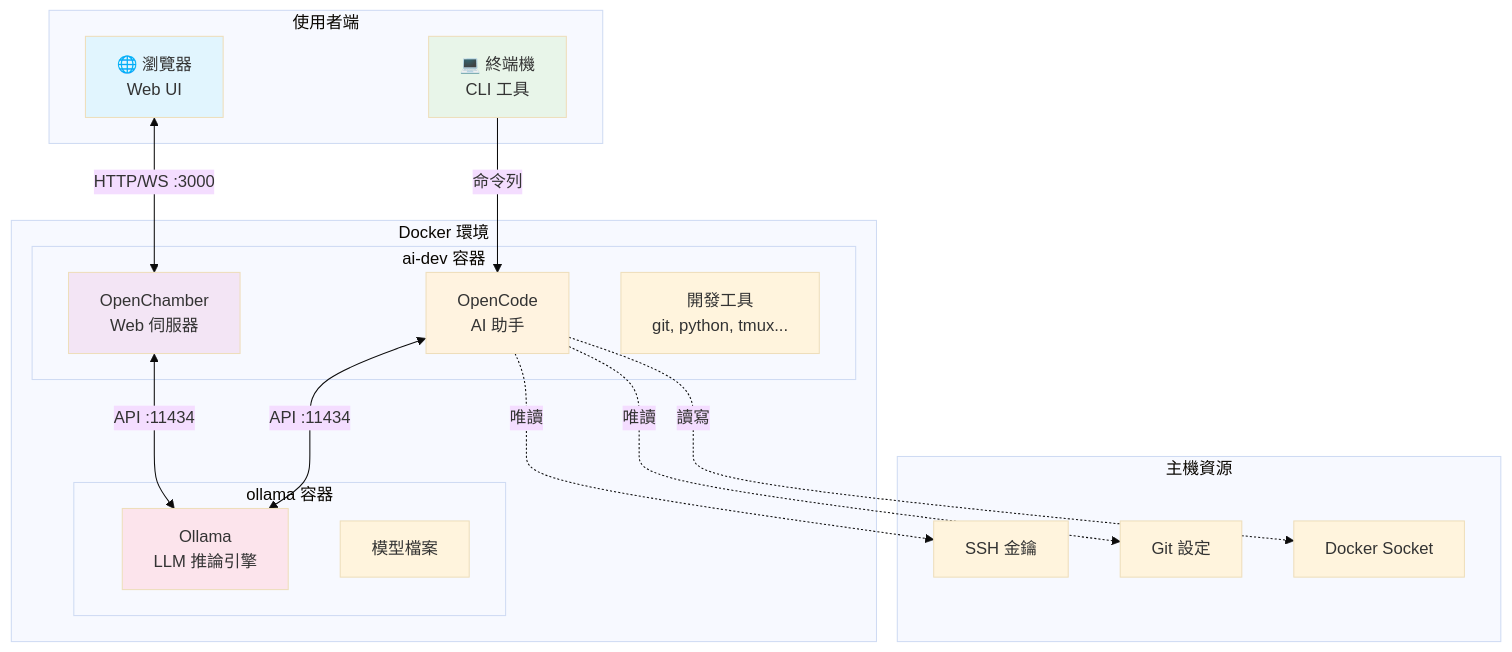
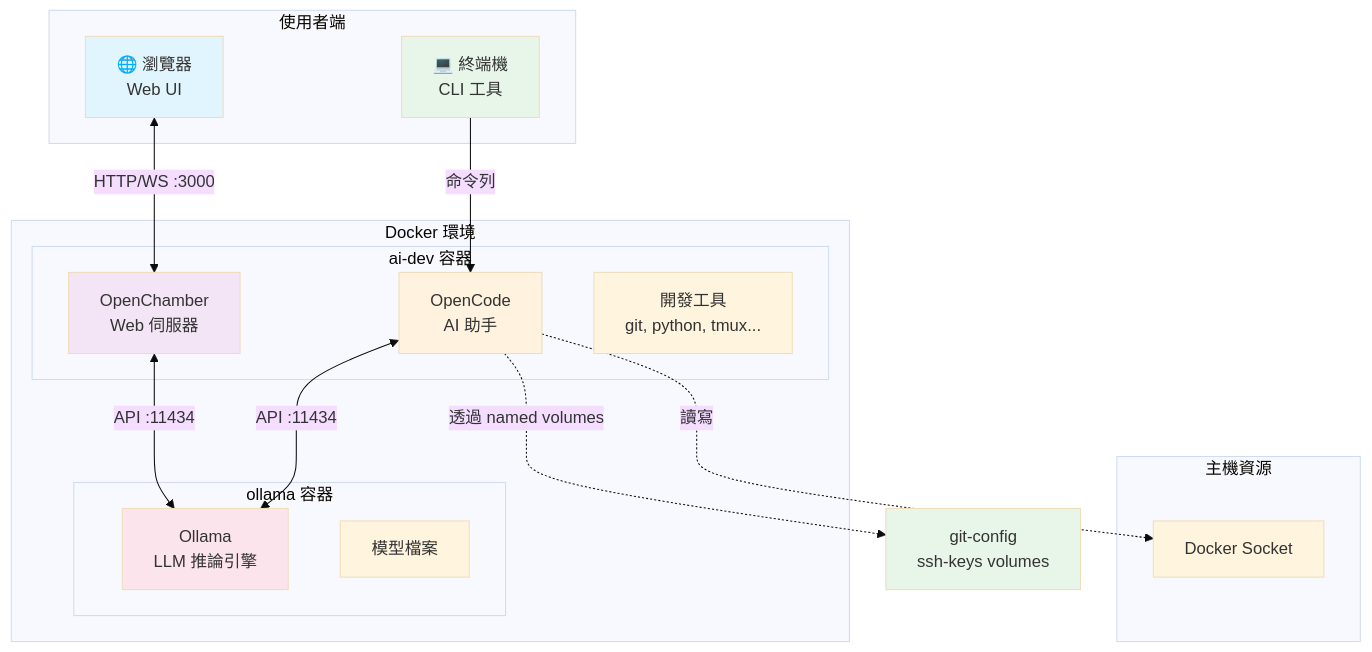
One commit to tryweb/ai-engkit changed the first of 12 diagrams in docs/ARCHITECTURE.md. Above: the diagram before and after it, drawn with Mermaid (base theme). The commit also changed other lines of this file and 1 other file, not shown here.

First line of the commit message:
docs: update architecture and troubleshooting docs for v0.5.0

````diff
--- a/docs/ARCHITECTURE.md
+++ b/docs/ARCHITECTURE.md
@@ -20,41 +20,39 @@
 ```mermaid
 graph TB
     subgraph "使用者端"
         BROWSER["🌐 瀏覽器<br/>Web UI"]
         TERMINAL["💻 終端機<br/>CLI 工具"]
     end
 
     subgraph "Docker 環境"
         subgraph "ai-dev 容器"
             OC["OpenCode<br/>AI 助手"]
             CH["OpenChamber<br/>Web 伺服器"]
             TOOLS["開發工具<br/>git, python, tmux..."]
         end
 
         subgraph "ollama 容器"
             OLLAMA["Ollama<br/>LLM 推論引擎"]
             MODELS["模型檔案"]
         end
     end
 
     subgraph "主機資源"
-        HOST_SSH["SSH 金鑰"]
-        HOST_GIT["Git 設定"]
         HOST_DOCKER["Docker Socket"]
     end
 
     BROWSER <-->|"HTTP/WS :3000"| CH
     TERMINAL -->|"命令列"| OC
     CH <-->|"API :11434"| OLLAMA
     OC <-->|"API :11434"| OLLAMA
     
-    OC -.->|"唯讀"| HOST_SSH
-    OC -.->|"唯讀"| HOST_GIT
+    OC -.->|"透過 named volumes"| GIT_VOLS["git-config<br/>ssh-keys volumes"]
     OC -.->|"讀寫"| HOST_DOCKER
 
     style BROWSER fill:#e1f5fe
     style TERMINAL fill:#e8f5e9
     style OC fill:#fff3e0
     style CH fill:#f3e5f5
     style OLLAMA fill:#fce4ec
+    style GIT_VOLS fill:#e8f5e9
 ```
````
